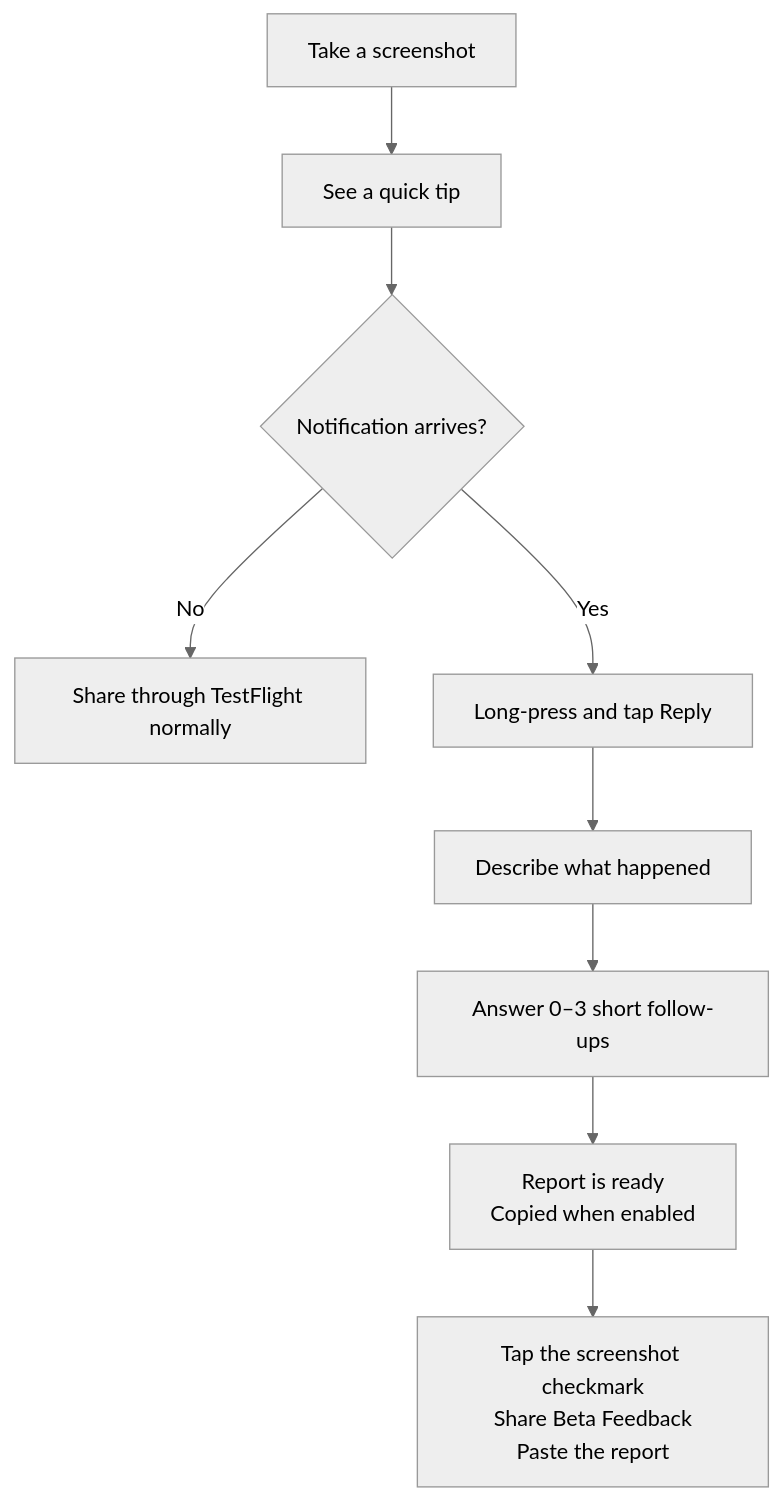
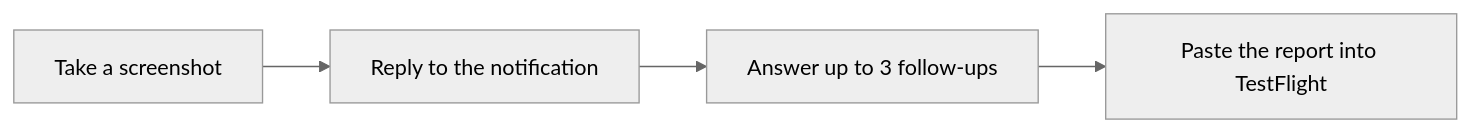
The diagram in README.md (AndreasInk/BetaKit), drawn with Mermaid (neutral theme) before and after one commit. The commit also changed other lines of this file and 4 other files, not shown here.

````diff
--- a/README.md
+++ b/README.md
@@ -14,11 +13,6 @@
 ```mermaid
-flowchart TD
-    A[Take a screenshot] --> B[See a quick tip]
-    B --> C{Notification arrives?}
-    C -- No --> Z[Share through TestFlight normally]
-    C -- Yes --> D[Long-press and tap Reply]
-    D --> E[Describe what happened]
-    E --> F[Answer 0–3 short follow-ups]
-    F --> G[Report is ready<br/>Copied when enabled]
-    G --> H[Tap the screenshot checkmark<br/>Share Beta Feedback<br/>Paste the report]
+flowchart LR
+    A[Take a screenshot] --> B[Reply to the notification]
+    B --> C[Answer up to 3 follow-ups]
+    C --> D[Paste the report into TestFlight]
 ```
````
